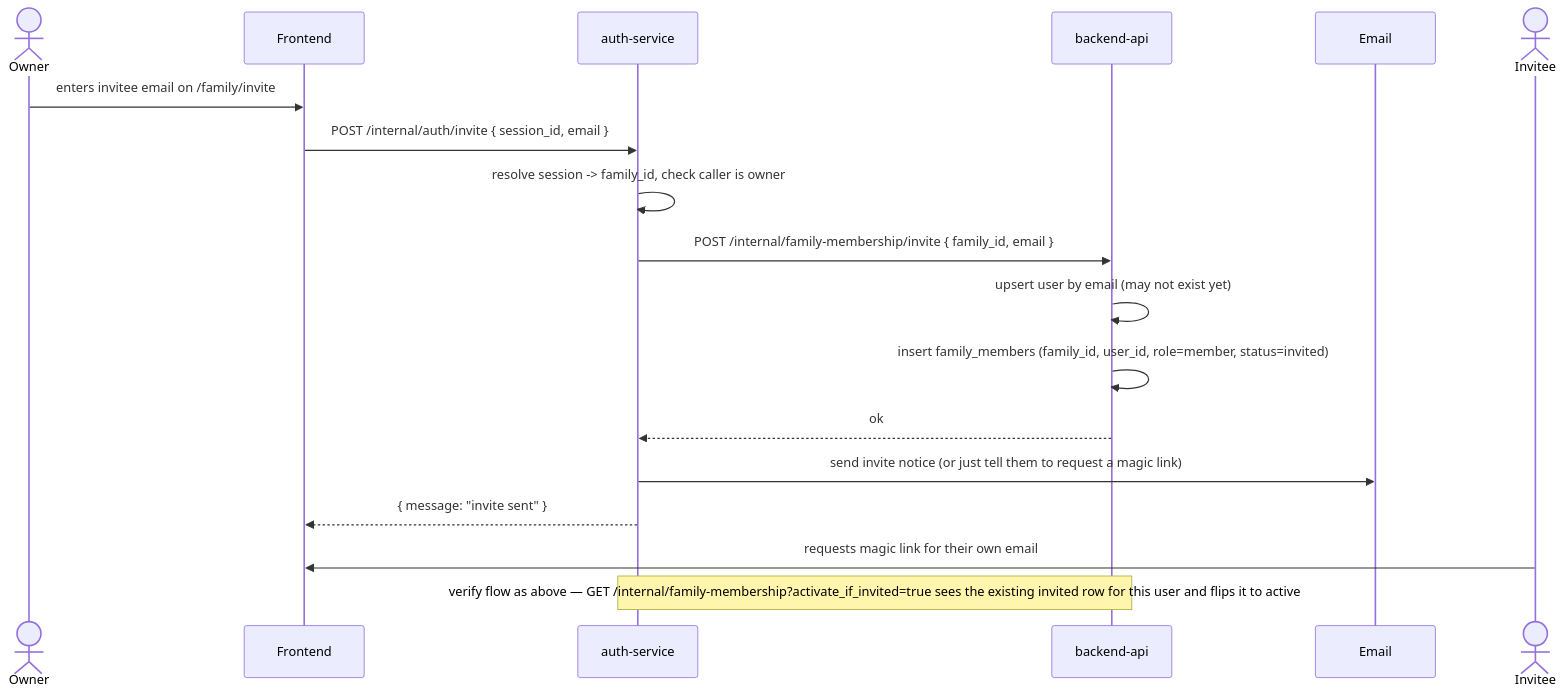
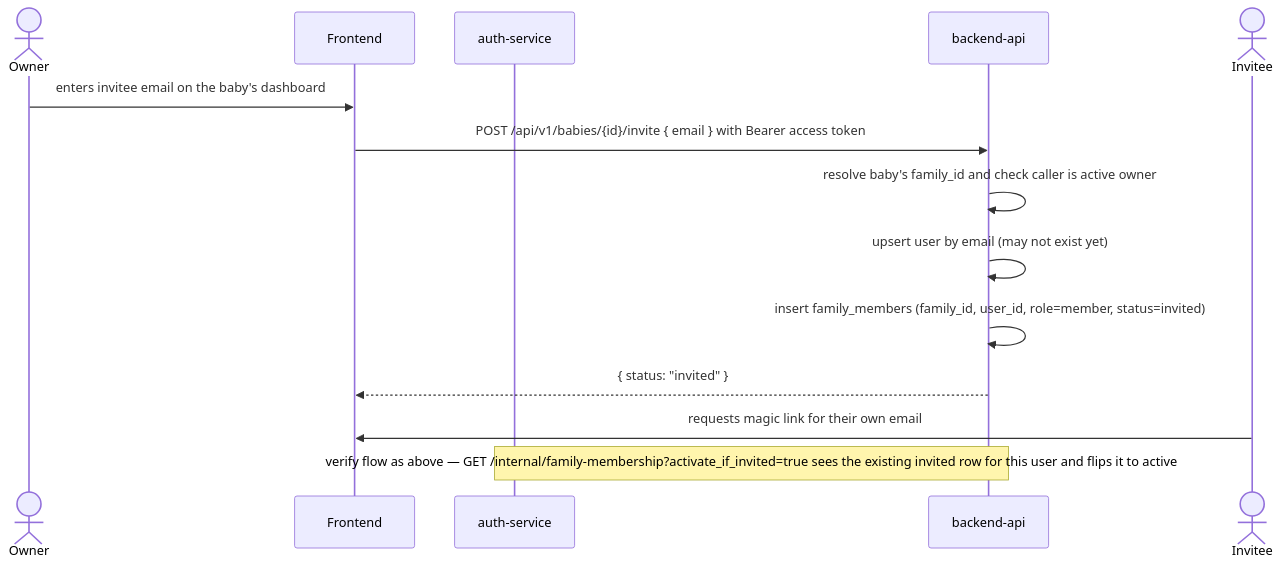
The third of 3 diagrams in docs/auth-magic-link.md (andreistefanciprian/yauli), drawn with Mermaid before and after one commit. The commit also changed other lines of this file and 14 other files, not shown here.

````diff
--- a/docs/auth-magic-link.md
+++ b/docs/auth-magic-link.md
@@ -202,22 +202,18 @@
 ```mermaid
 sequenceDiagram
     actor Owner
     participant Frontend
     participant Auth as auth-service
     participant Backend as backend-api
-    participant Email
     actor Invitee
 
-    Owner->>Frontend: enters invitee email on /family/invite
-    Frontend->>Auth: POST /internal/auth/invite { session_id, email }
-    Auth->>Auth: resolve session -> family_id, check caller is owner
-    Auth->>Backend: POST /internal/family-membership/invite { family_id, email }
+    Owner->>Frontend: enters invitee email on the baby's dashboard
+    Frontend->>Backend: POST /api/v1/babies/{id}/invite { email } with Bearer access token
+    Backend->>Backend: resolve baby's family_id and check caller is active owner
     Backend->>Backend: upsert user by email (may not exist yet)
     Backend->>Backend: insert family_members (family_id, user_id, role=member, status=invited)
-    Backend-->>Auth: ok
-    Auth->>Email: send invite notice (or just tell them to request a magic link)
-    Auth-->>Frontend: { message: "invite sent" }
+    Backend-->>Frontend: { status: "invited" }
 
     Invitee->>Frontend: requests magic link for their own email
     Note over Auth,Backend: verify flow as above — GET /internal/family-membership?activate_if_invited=true sees the existing invited row for this user and flips it to active
 ```
````
